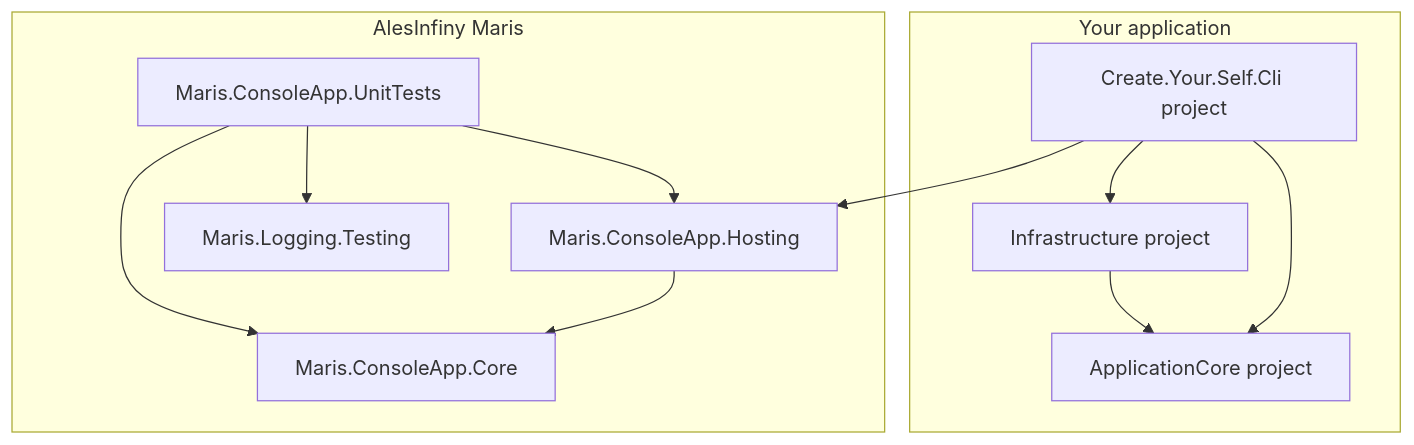
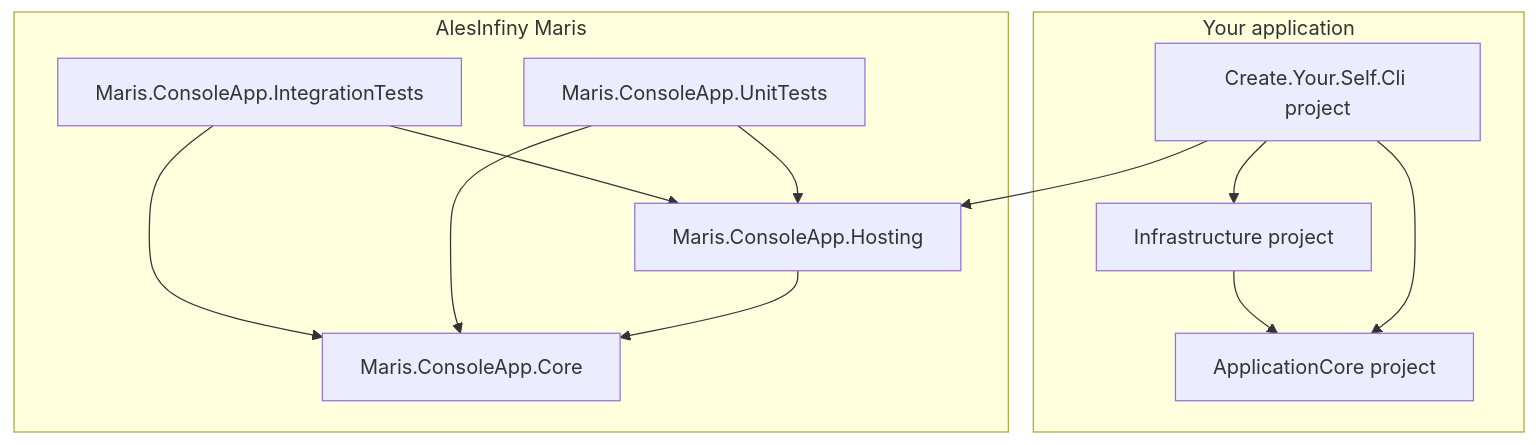
One commit to AlesInfiny/maris changed the first of 2 diagrams in samples/ConsoleAppWithDI/solution/README.md. Above: the diagram before and after it, drawn with Mermaid.

Commit message:
テストの構造を実環境にあわせて修正

````diff
--- a/samples/ConsoleAppWithDI/solution/README.md
+++ b/samples/ConsoleAppWithDI/solution/README.md
@@ -603,22 +603,23 @@
 ```mermaid
 flowchart TD
     Cli[Create.Your.Self.Cli project]
     Biz[ApplicationCore project]
     Infra[Infrastructure project]
     Host[Maris.ConsoleApp.Hosting]
     Core[Maris.ConsoleApp.Core]
     UnitTests[Maris.ConsoleApp.UnitTests]
-    TestLib[Maris.Logging.Testing]
+    IntegTests[Maris.ConsoleApp.IntegrationTests]
     subgraph Your application
     Cli-->Biz
     Cli-->Infra
     Infra-->Biz
     end
     Cli-->Host
     subgraph AlesInfiny Maris
     Host-->Core
     UnitTests-->Core
     UnitTests-->Host
-    UnitTests-->TestLib
+    IntegTests-->Core
+    IntegTests-->Host
     end
 ```
````
